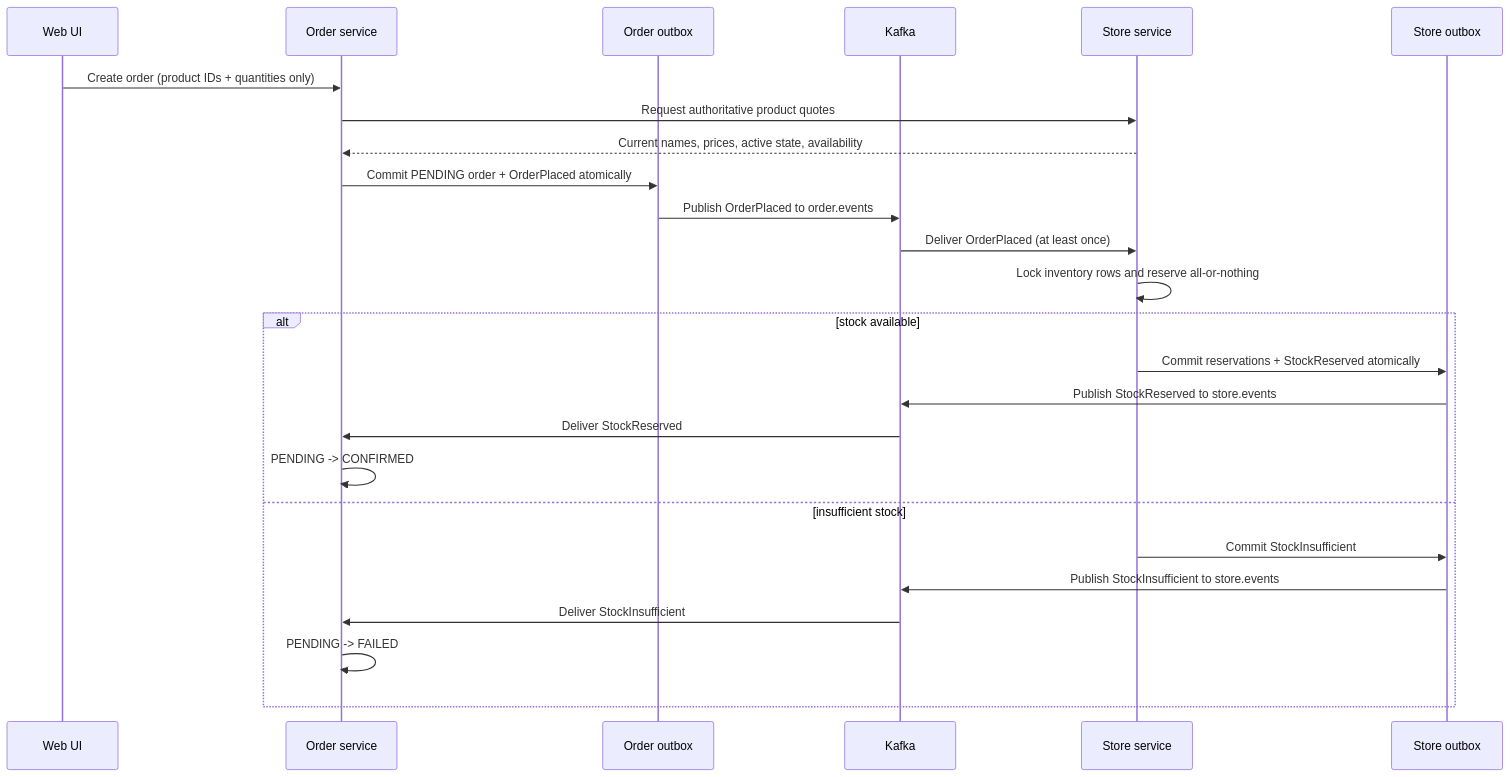
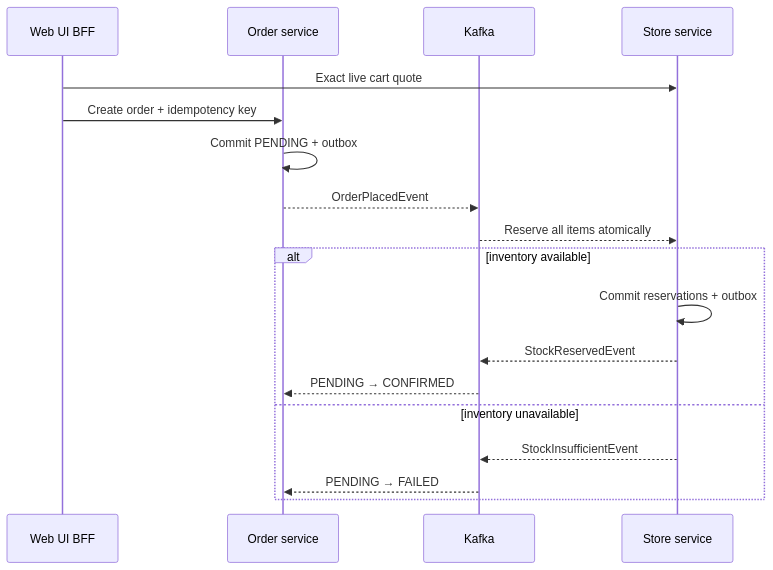
One commit to mahanfatehian/order-platform-core changed the second of 2 diagrams in README.md. Above: the diagram before and after it, drawn with Mermaid. The commit also changed other lines of this file and 145 other files, not shown here.

````diff
--- a/README.md
+++ b/README.md
@@ -103,28 +107,20 @@
 ```mermaid
 sequenceDiagram
-    participant W as Web UI
+    participant UI as Web UI BFF
     participant O as Order service
-    participant OO as Order outbox
     participant K as Kafka
     participant S as Store service
-    participant SO as Store outbox
-
-    W->>O: Create order (product IDs + quantities only)
-    O->>S: Request authoritative product quotes
-    S-->>O: Current names, prices, active state, availability
-    O->>OO: Commit PENDING order + OrderPlaced atomically
-    OO->>K: Publish OrderPlaced to order.events
-    K->>S: Deliver OrderPlaced (at least once)
-    S->>S: Lock inventory rows and reserve all-or-nothing
-    alt stock available
-        S->>SO: Commit reservations + StockReserved atomically
-        SO->>K: Publish StockReserved to store.events
-        K->>O: Deliver StockReserved
-        O->>O: PENDING -> CONFIRMED
-    else insufficient stock
-        S->>SO: Commit StockInsufficient
-        SO->>K: Publish StockInsufficient to store.events
-        K->>O: Deliver StockInsufficient
-        O->>O: PENDING -> FAILED
+    UI->>S: Exact live cart quote
+    UI->>O: Create order + idempotency key
+    O->>O: Commit PENDING + outbox
+    O-->>K: OrderPlacedEvent
+    K-->>S: Reserve all items atomically
+    alt inventory available
+        S->>S: Commit reservations + outbox
+        S-->>K: StockReservedEvent
+        K-->>O: PENDING → CONFIRMED
+    else inventory unavailable
+        S-->>K: StockInsufficientEvent
+        K-->>O: PENDING → FAILED
     end
 ```
````
